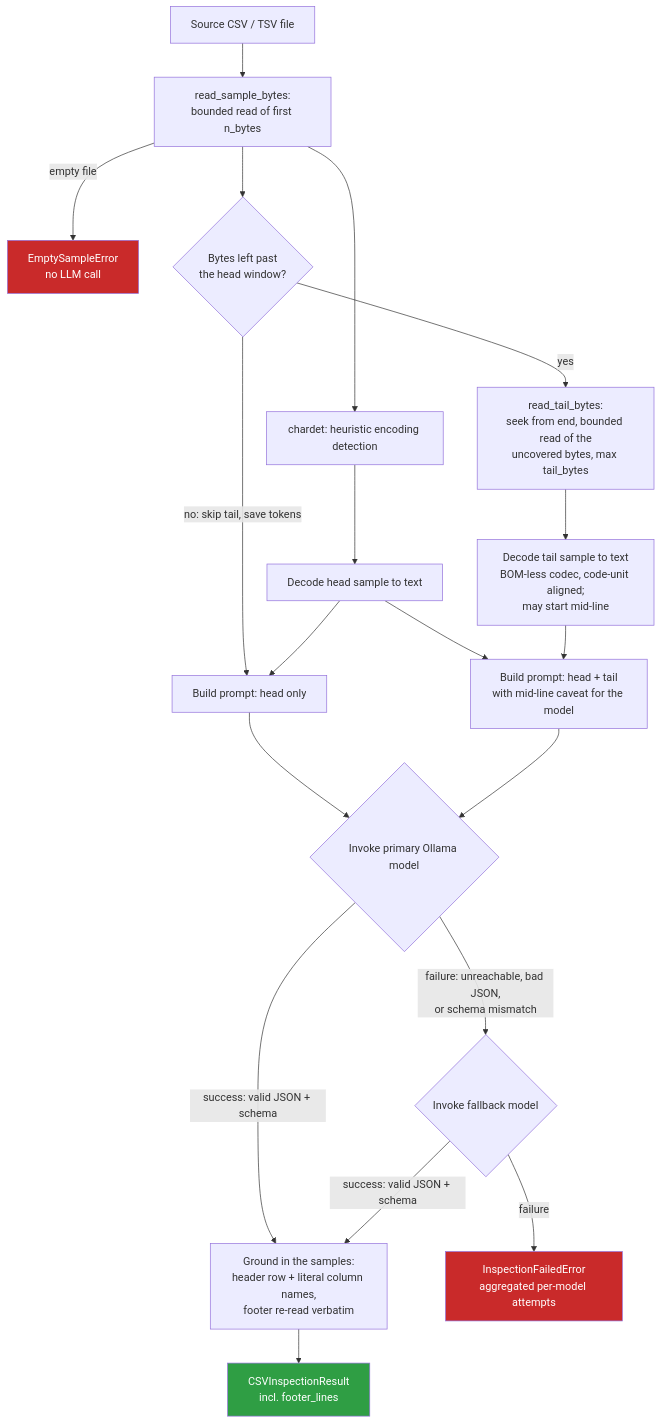
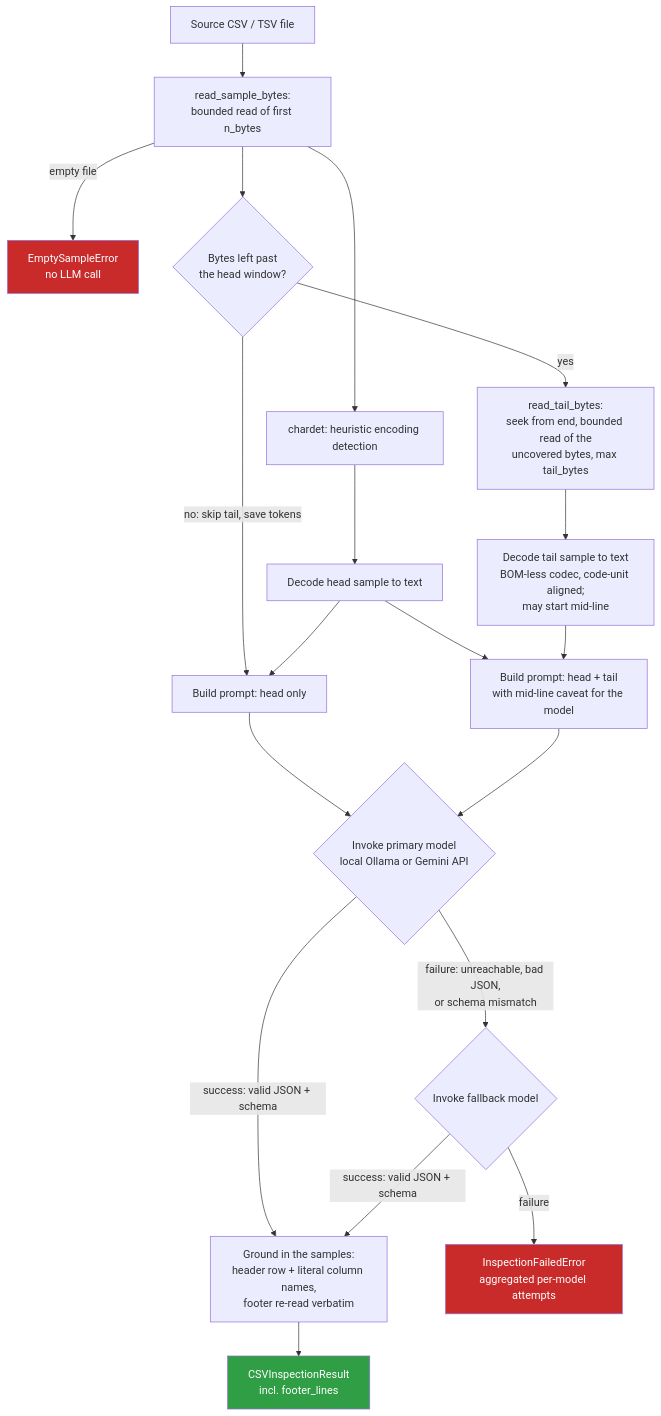
The diagram in README.md (deluispablo/data-agent-toolkit), drawn with Mermaid before and after one commit. The commit also changed other lines of this file, not shown here.

````diff
--- a/README.md
+++ b/README.md
@@ -92,25 +99,25 @@
 ```mermaid
 flowchart TD
     A[Source CSV / TSV file] --> B[read_sample_bytes:<br/>bounded read of first n_bytes]
     B -->|empty file| X[EmptySampleError<br/>no LLM call]
     B --> C[chardet: heuristic encoding detection]
     C --> D[Decode head sample to text]
     B --> COND{Bytes left past<br/>the head window?}
     COND -->|no: skip tail, save tokens| E1[Build prompt: head only]
     COND -->|yes| T[read_tail_bytes:<br/>seek from end, bounded read of the<br/>uncovered bytes, max tail_bytes]
     T --> T2[Decode tail sample to text<br/>BOM-less codec, code-unit aligned;<br/>may start mid-line]
     D --> E1
     D --> E2[Build prompt: head + tail<br/>with mid-line caveat for the model]
     T2 --> E2
-    E1 --> F{Invoke primary Ollama model}
+    E1 --> F{Invoke primary model<br/>local Ollama or Gemini API}
     E2 --> F
     F -->|success: valid JSON + schema| GR[Ground in the samples:<br/>header row + literal column names,<br/>footer re-read verbatim]
     F -->|failure: unreachable, bad JSON,<br/>or schema mismatch| G{Invoke fallback model}
     G -->|success: valid JSON + schema| GR
     G -->|failure| H[InspectionFailedError<br/>aggregated per-model attempts]
     GR --> L[CSVInspectionResult<br/>incl. footer_lines]
 
     style L fill:#2f9e44,color:#fff
     style H fill:#c92a2a,color:#fff
     style X fill:#c92a2a,color:#fff
 ```
````
